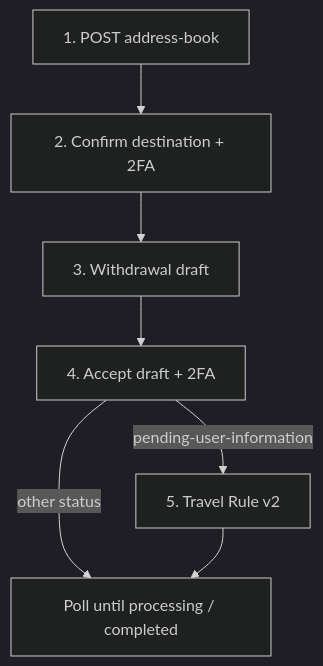
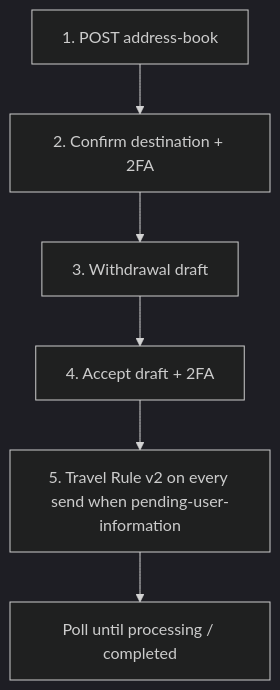
Before and after one commit to api-commits/docs: the diagram in partner/withdrawals-address-book.mdx, drawn with Mermaid (dark theme). The commit also changed other lines of this file and 18 other files, not shown here.

````diff
--- a/partner/withdrawals-address-book.mdx
+++ b/partner/withdrawals-address-book.mdx
@@ -25,9 +25,8 @@
 ```mermaid
 flowchart TD
   A[1. POST address-book] --> B[2. Confirm destination + 2FA]
   B --> C[3. Withdrawal draft]
   C --> D[4. Accept draft + 2FA]
-  D -->|pending-user-information| E[5. Travel Rule v2]
-  D -->|other status| F[Poll until processing / completed]
-  E --> F
+  D --> E[5. Travel Rule v2 on every send when pending-user-information]
+  E --> F[Poll until processing / completed]
 ```
````
